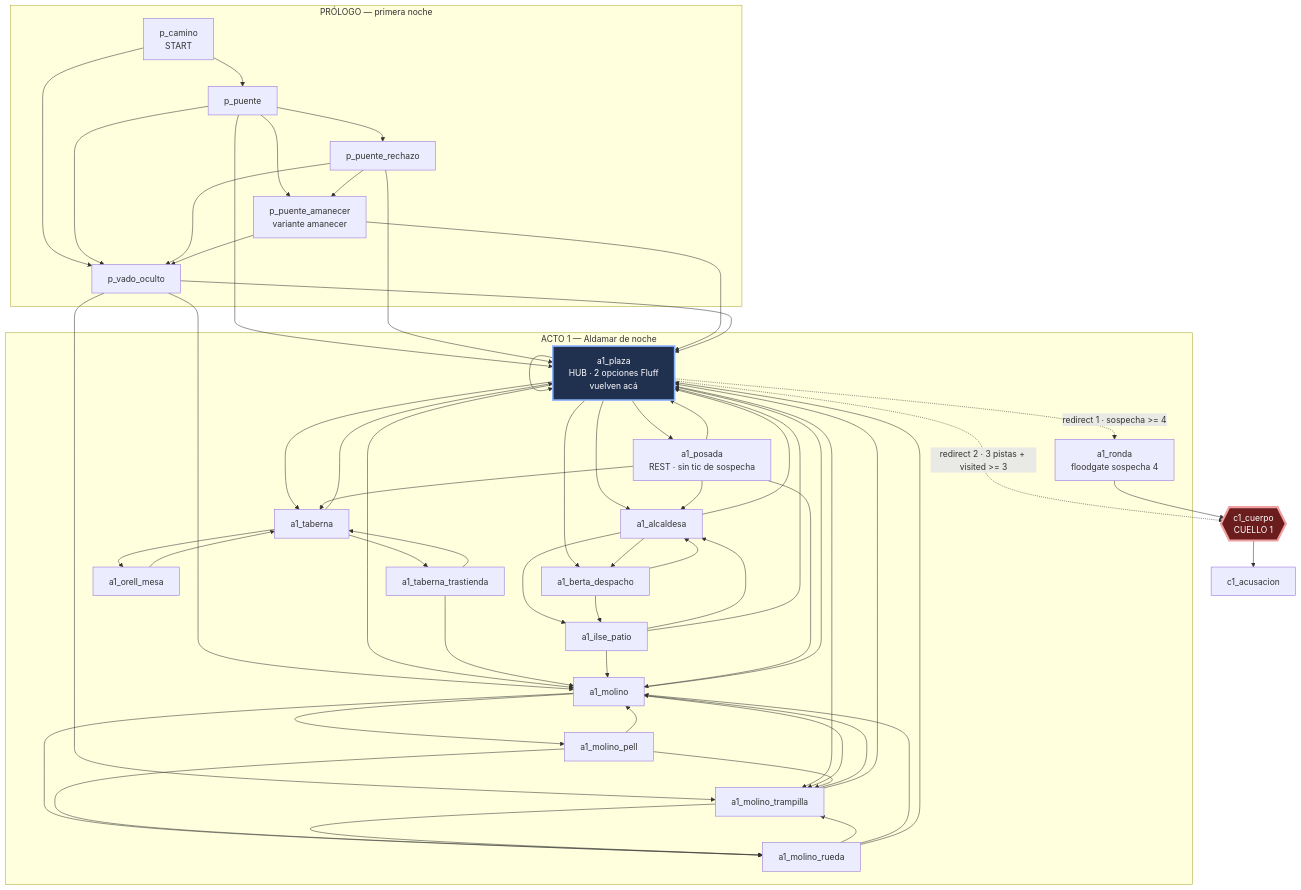
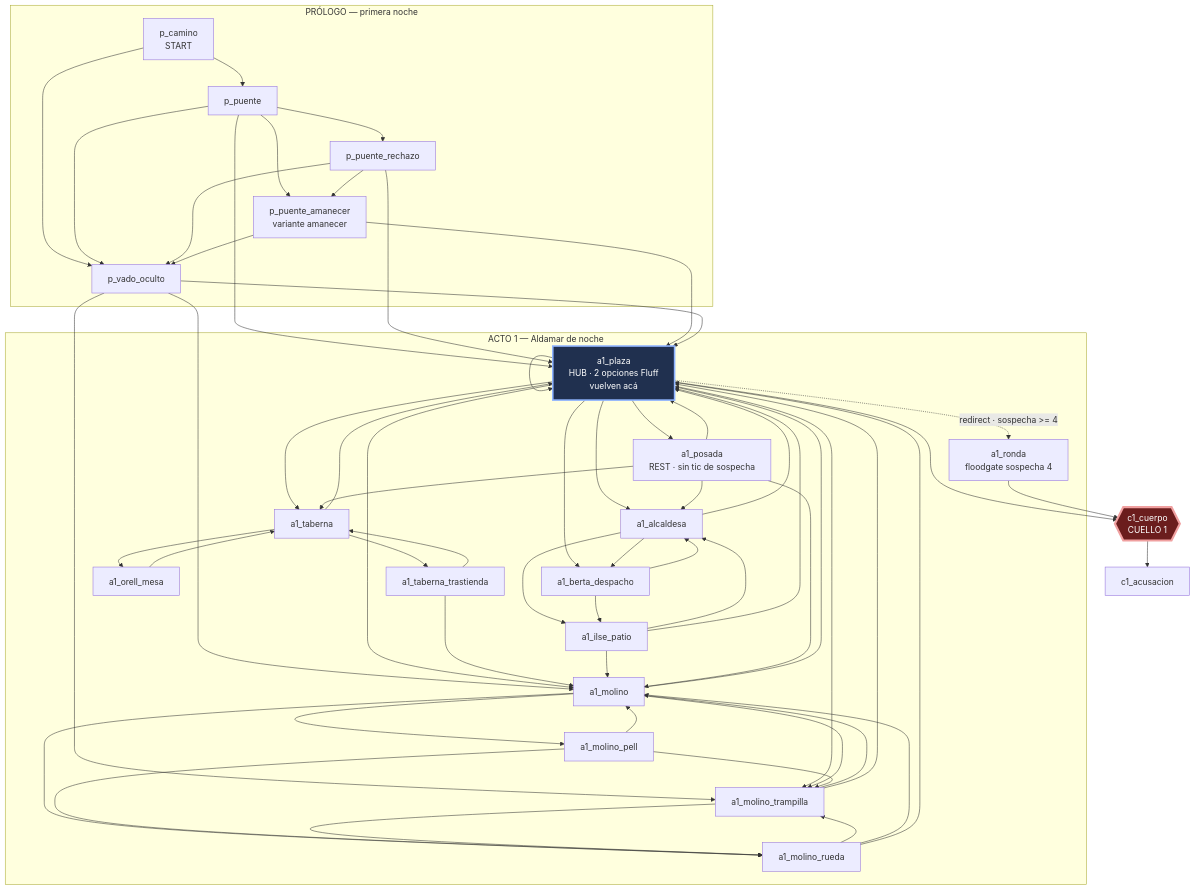
The second of 4 diagrams in src/content/campaigns/vado/design/01-outline.md (Alcaraz000/cronicas-del-vado), drawn with Mermaid before and after one commit. The commit also changed other lines of this file and 7 other files, not shown here.

```diff
--- a/src/content/campaigns/vado/design/01-outline.md
+++ b/src/content/campaigns/vado/design/01-outline.md
@@ -102,8 +102,8 @@
   a1_plaza --> a1_plaza
   a1_plaza --> a1_molino_trampilla
   a1_plaza --> a1_berta_despacho
-  a1_plaza -. "redirect 1 · sospecha >= 4" .-> a1_ronda
-  a1_plaza -. "redirect 2 · 3 pistas + visited >= 3" .-> c1_cuerpo
+  a1_plaza -. "redirect · sospecha >= 4" .-> a1_ronda
+  a1_plaza --> c1_cuerpo
 
   a1_taberna --> a1_taberna_trastienda
   a1_taberna --> a1_orell_mesa
```
